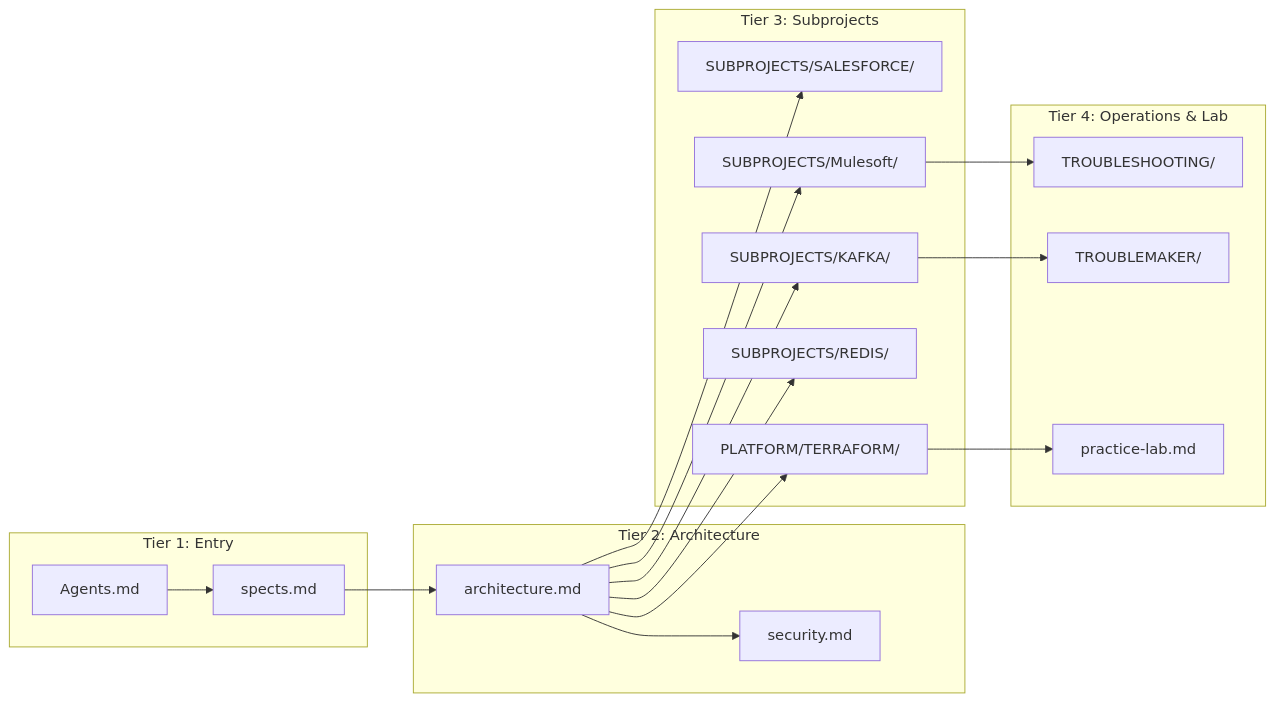
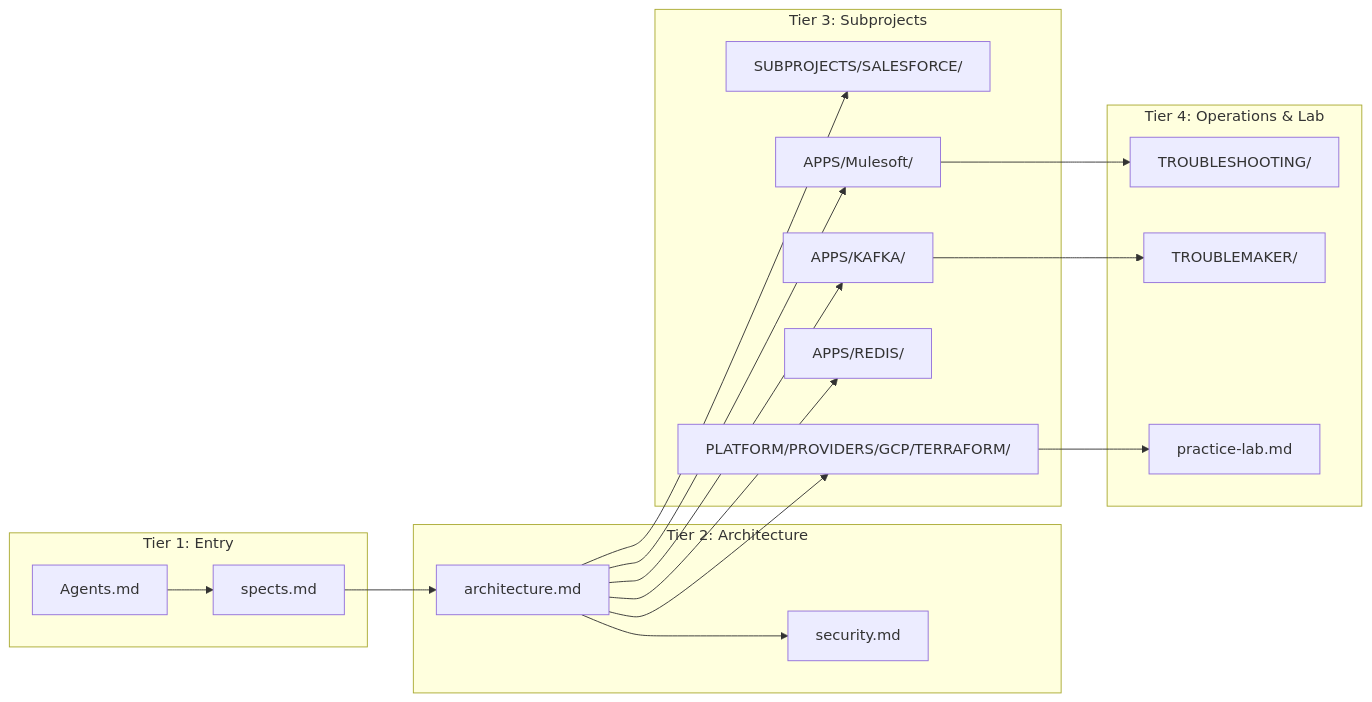
The diagram in AGENTS/SKILLS/PROGRESSIVE-DISCLOSURE-SKILL/references/phase3-knowledge-guardian-manifest.md (VladxDevops/MockHotelEvents), drawn with Mermaid before and after one commit. The commit also changed 51 other files, not shown here.

````diff
--- a/AGENTS/SKILLS/PROGRESSIVE-DISCLOSURE-SKILL/references/phase3-knowledge-guardian-manifest.md
+++ b/AGENTS/SKILLS/PROGRESSIVE-DISCLOSURE-SKILL/references/phase3-knowledge-guardian-manifest.md
@@ -86,25 +86,25 @@
 ```mermaid
 graph LR
     subgraph "Tier 1: Entry"
         M1["Agents.md"] --> S1["spects.md"]
     end
 
     subgraph "Tier 2: Architecture"
         S1 --> A1["architecture.md"]
         A1 --> SEC["security.md"]
     end
 
     subgraph "Tier 3: Subprojects"
         A1 --> SF["SUBPROJECTS/SALESFORCE/"]
-        A1 --> MS["SUBPROJECTS/Mulesoft/"]
-        A1 --> KF["SUBPROJECTS/KAFKA/"]
-        A1 --> RD["SUBPROJECTS/REDIS/"]
-        A1 --> TF["PLATFORM/TERRAFORM/"]
+        A1 --> MS["APPS/Mulesoft/"]
+        A1 --> KF["APPS/KAFKA/"]
+        A1 --> RD["APPS/REDIS/"]
+        A1 --> TF["PLATFORM/PROVIDERS/GCP/TERRAFORM/"]
     end
 
     subgraph "Tier 4: Operations & Lab"
         MS --> TL["TROUBLESHOOTING/"]
         KF --> TM["TROUBLEMAKER/"]
         TF --> PL["practice-lab.md"]
     end
 ```
````
